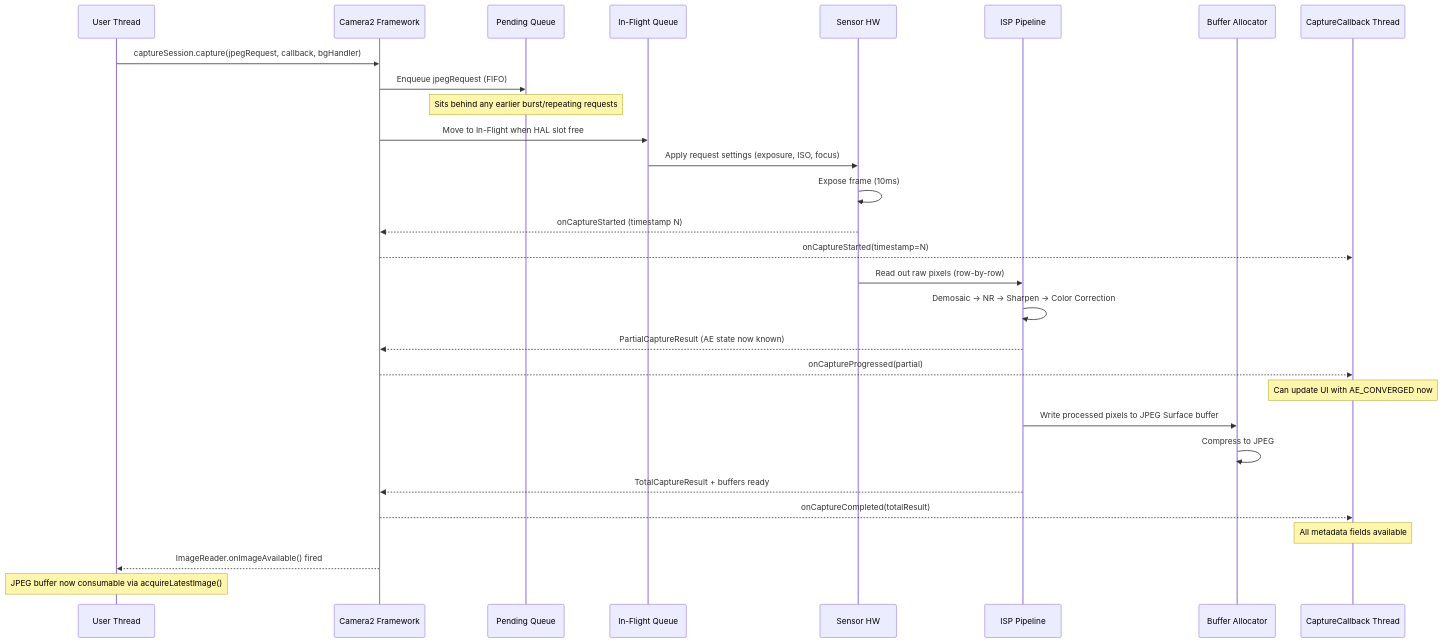
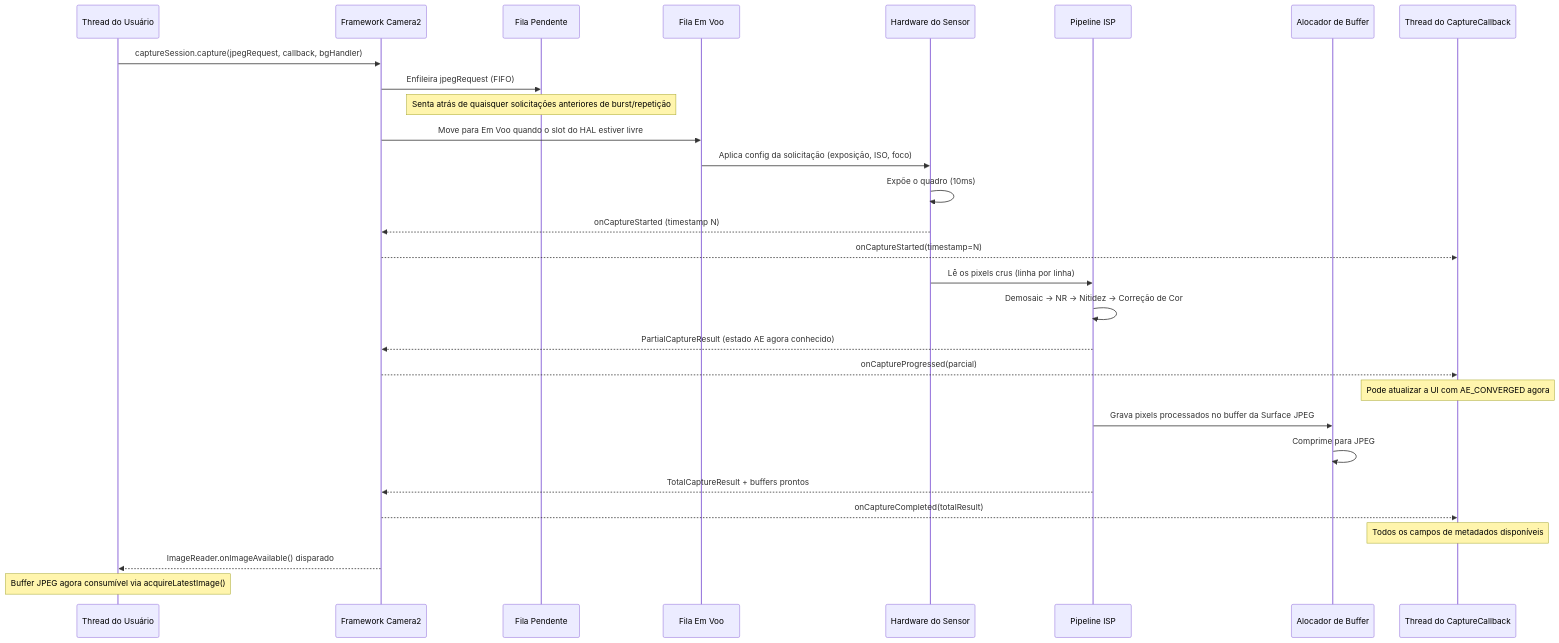
The fourth of 4 diagrams in website/i18n/pt-BR/docusaurus-plugin-content-docs/current/camera2/the-camera2-pipeline.md (zoozooll/AndroidCameraParameters), drawn with Mermaid before and after one commit. The commit also changed other lines of this file and 378 other files, not shown here.

````diff
--- a/website/i18n/pt-BR/docusaurus-plugin-content-docs/current/camera2/the-camera2-pipeline.md
+++ b/website/i18n/pt-BR/docusaurus-plugin-content-docs/current/camera2/the-camera2-pipeline.md
@@ -381,35 +381,35 @@
 ```mermaid
 sequenceDiagram
-    participant User as User Thread
-    participant Cam as Camera2 Framework
-    participant Pend as Pending Queue
-    participant Inflight as In-Flight Queue
-    participant Sensor as Sensor HW
-    participant ISP as ISP Pipeline
-    participant Buffers as Buffer Allocator
-    participant CB as CaptureCallback Thread
+    participant User as Thread do Usuário
+    participant Cam as Framework Camera2
+    participant Pend as Fila Pendente
+    participant Inflight as Fila Em Voo
+    participant Sensor as Hardware do Sensor
+    participant ISP as Pipeline ISP
+    participant Buffers as Alocador de Buffer
+    participant CB as Thread do CaptureCallback
 
     User->>Cam: captureSession.capture(jpegRequest, callback, bgHandler)
-    Cam->>Pend: Enqueue jpegRequest (FIFO)
-    Note over Pend: Sits behind any earlier burst/repeating requests
+    Cam->>Pend: Enfileira jpegRequest (FIFO)
+    Note over Pend: Senta atrás de quaisquer solicitações anteriores de burst/repetição
 
-    Cam->>Inflight: Move to In-Flight when HAL slot free
-    Inflight->>Sensor: Apply request settings (exposure, ISO, focus)
-    Sensor->>Sensor: Expose frame (10ms)
+    Cam->>Inflight: Move para Em Voo quando o slot do HAL estiver livre
+    Inflight->>Sensor: Aplica config da solicitação (exposição, ISO, foco)
+    Sensor->>Sensor: Expõe o quadro (10ms)
     Sensor-->>Cam: onCaptureStarted (timestamp N)
     Cam-->>CB: onCaptureStarted(timestamp=N)
 
-    Sensor->>ISP: Read out raw pixels (row-by-row)
-    ISP->>ISP: Demosaic → NR → Sharpen → Color Correction
-    ISP-->>Cam: PartialCaptureResult (AE state now known)
-    Cam-->>CB: onCaptureProgressed(partial)
-    Note over CB: Can update UI with AE_CONVERGED now
+    Sensor->>ISP: Lê os pixels crus (linha por linha)
+    ISP->>ISP: Demosaic → NR → Nitidez → Correção de Cor
+    ISP-->>Cam: PartialCaptureResult (estado AE agora conhecido)
+    Cam-->>CB: onCaptureProgressed(parcial)
+    Note over CB: Pode atualizar a UI com AE_CONVERGED agora
 
-    ISP->>Buffers: Write processed pixels to JPEG Surface buffer
-    Buffers->>Buffers: Compress to JPEG
-    ISP-->>Cam: TotalCaptureResult + buffers ready
+    ISP->>Buffers: Grava pixels processados no buffer da Surface JPEG
+    Buffers->>Buffers: Comprime para JPEG
+    ISP-->>Cam: TotalCaptureResult + buffers prontos
     Cam-->>CB: onCaptureCompleted(totalResult)
-    Note over CB: All metadata fields available
-    Cam-->>User: ImageReader.onImageAvailable() fired
-    Note over User: JPEG buffer now consumable via acquireLatestImage()
+    Note over CB: Todos os campos de metadados disponíveis
+    Cam-->>User: ImageReader.onImageAvailable() disparado
+    Note over User: Buffer JPEG agora consumível via acquireLatestImage()
 ```
````
